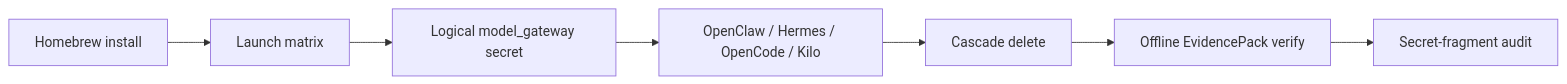
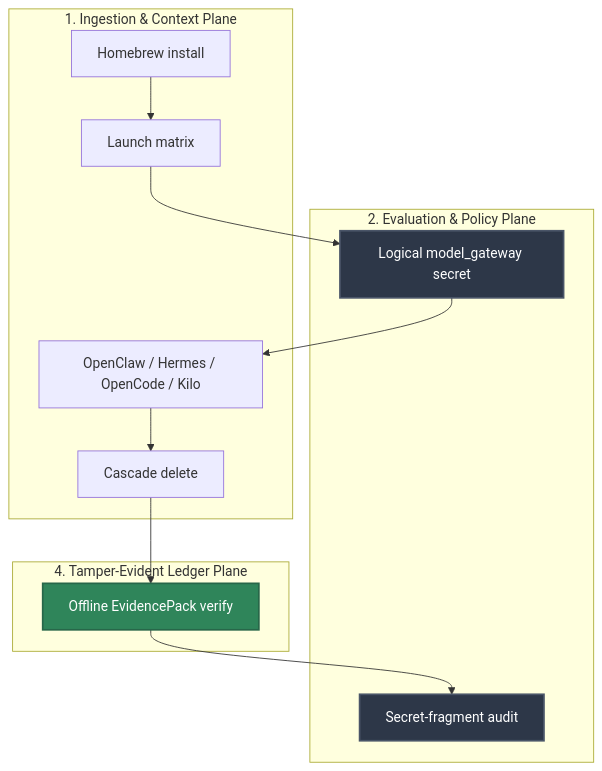
One commit to Mindburn-Labs/helm-ai-kernel changed the diagram in docs/launchpad/CLEAN_INSTALL_GA.md. Above: the diagram before and after it, drawn with Mermaid. The commit also changed other lines of this file and 330 other files, not shown here.

````diff
--- a/docs/launchpad/CLEAN_INSTALL_GA.md
+++ b/docs/launchpad/CLEAN_INSTALL_GA.md
@@ -39,9 +39,31 @@
 ```mermaid
-flowchart LR
-  brew["Homebrew install"] --> matrix["Launch matrix"]
-  matrix --> secret["Logical model_gateway secret"]
-  secret --> apps["OpenClaw / Hermes / OpenCode / Kilo"]
-  apps --> teardown["Cascade delete"]
-  teardown --> verify["Offline EvidencePack verify"]
-  verify --> audit["Secret-fragment audit"]
+flowchart TD
+    subgraph Ingestion["1. Ingestion & Context Plane"]
+        brew["Homebrew install"]
+        matrix["Launch matrix"]
+        apps["OpenClaw / Hermes / OpenCode / Kilo"]
+        teardown["Cascade delete"]
+    end
+
+    subgraph Evaluation["2. Evaluation & Policy Plane"]
+        secret["Logical model_gateway secret"]
+        audit["Secret-fragment audit"]
+    end
+
+    subgraph Ledger["4. Tamper-Evident Ledger Plane"]
+        verify["Offline EvidencePack verify"]
+    end
+
+    %% Operational Flow Edges
+    brew --> matrix
+    matrix --> secret
+    secret --> apps
+    apps --> teardown
+    teardown --> verify
+    verify --> audit
+
+    %% Premium Styling Rules
+    style secret fill:#2d3748,stroke:#4a5568,stroke-width:2px,color:#fff
+    style verify fill:#2f855a,stroke:#276749,stroke-width:2px,color:#fff
+    style audit fill:#2d3748,stroke:#4a5568,stroke-width:2px,color:#fff
 ```
````
